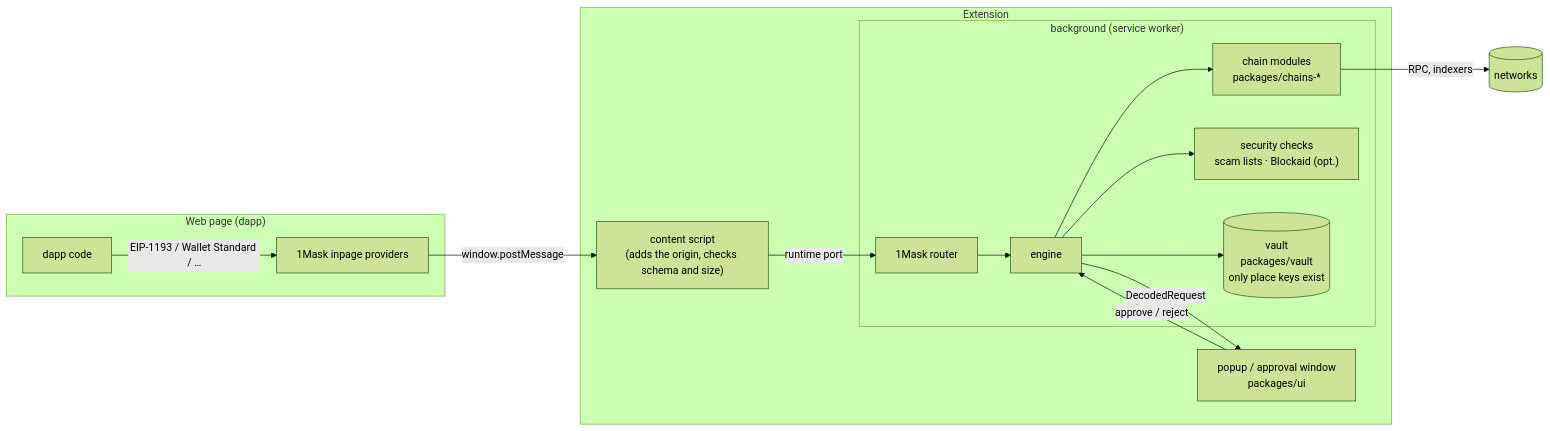
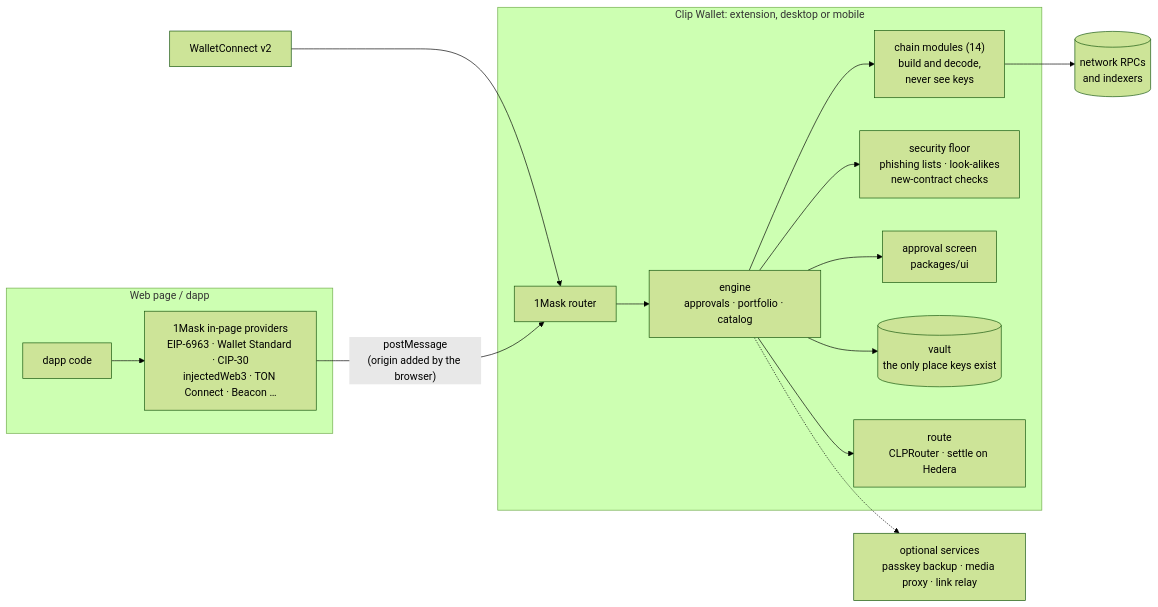
Before and after one commit to ColdAI-org/clip-wallet: the first of 3 diagrams in README.md, drawn with Mermaid (forest theme). The commit also changed other lines of this file and 38 other files, not shown here.

First line of the commit message:
docs: showcase README with screenshots, animations and diagrams

````diff
--- a/README.md
+++ b/README.md
@@ -97,19 +272,18 @@
 ```mermaid
 flowchart LR
-    subgraph Page["Web page (dapp)"]
-        D["dapp code"] -- "EIP-1193 / Wallet Standard / …" --> IP["1Mask inpage providers"]
-    end
-    subgraph Ext["Extension"]
-        CS["content script<br/>(adds the origin, checks schema and size)"]
-        subgraph BG["background (service worker)"]
-            R["1Mask router"] --> E["engine"]
-            E --> CM["chain modules<br/>packages/chains-*"]
-            E --> S["security checks<br/>scam lists · Blockaid (opt.)"]
-            E --> V[("vault<br/>packages/vault<br/>only place keys exist")]
-        end
-        UI["popup / approval window<br/>packages/ui"]
-    end
-    IP -- "window.postMessage" --> CS -- "runtime port" --> R
-    E -- "DecodedRequest" --> UI -- "approve / reject" --> E
-    CM -- "RPC, indexers" --> N[("networks")]
+  subgraph Dapp["Web page / dapp"]
+    D["dapp code"] --> P["1Mask in-page providers<br/>EIP-6963 · Wallet Standard · CIP-30<br/>injectedWeb3 · TON Connect · Beacon …"]
+  end
+  WC["WalletConnect v2"] --> R
+  P -- "postMessage<br/>(origin added by the browser)" --> R
+  subgraph Wallet["Clip Wallet: extension, desktop or mobile"]
+    R["1Mask router"] --> E["engine<br/>approvals · portfolio · catalog"]
+    E --> C["chain modules (14)<br/>build and decode,<br/>never see keys"]
+    E --> S["security floor<br/>phishing lists · look-alikes<br/>new-contract checks"]
+    E --> UI["approval screen<br/>packages/ui"]
+    E --> V[("vault<br/>the only place keys exist")]
+    E --> RT["route<br/>CLPRouter · settle on Hedera"]
+  end
+  C --> N[("network RPCs<br/>and indexers")]
+  E -.-> SV["optional services<br/>passkey backup · media proxy · link relay"]
 ```
````
